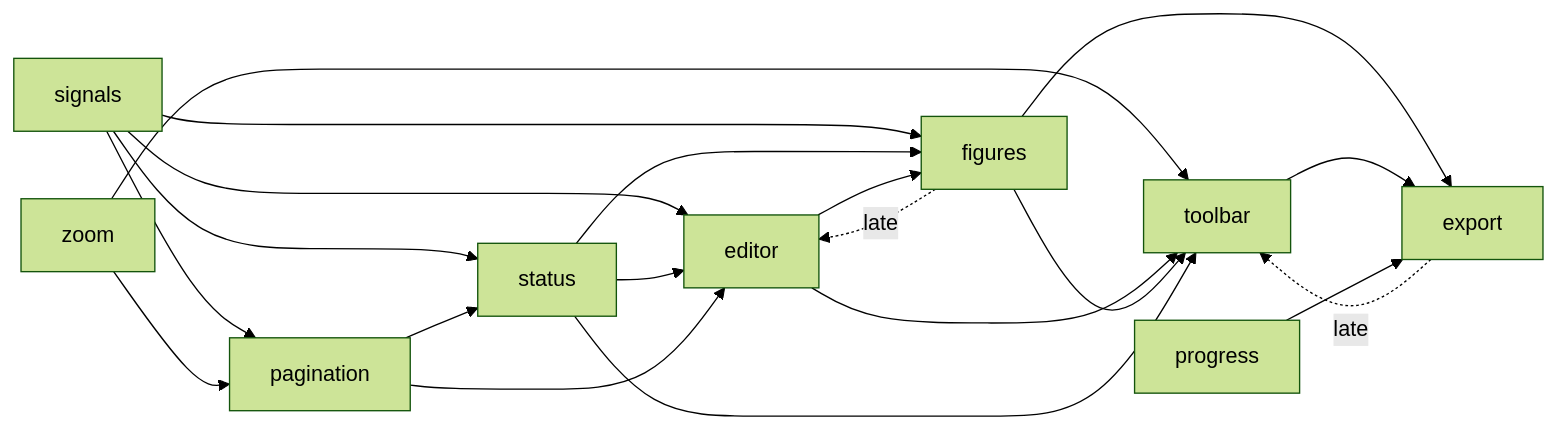
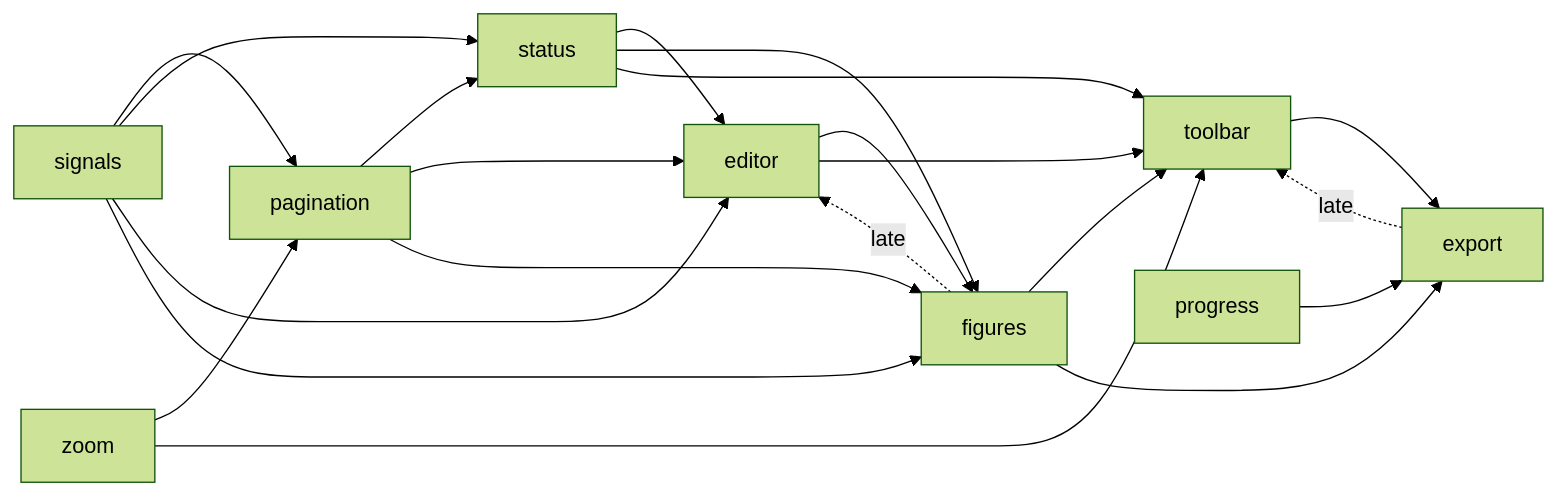
The diagram in DEPS.md (nakrasian/standalone-doc), drawn with Mermaid (forest theme) before and after one commit. The commit also changed other lines of this file and 12 other files, not shown here.

````diff
--- a/DEPS.md
+++ b/DEPS.md
@@ -23,22 +23,23 @@
 ```mermaid
 graph LR
   signals --> pagination
   zoom --> pagination
   signals --> status
   pagination --> status
   signals --> editor
   status --> editor
   pagination --> editor
   figures -.->|late| editor
   signals --> figures
   status --> figures
   editor --> figures
+  pagination --> figures
   zoom --> toolbar
   editor --> toolbar
   figures --> toolbar
   status --> toolbar
   export -.->|late| toolbar
   figures --> export
   toolbar --> export
   progress --> export
 ```
````
